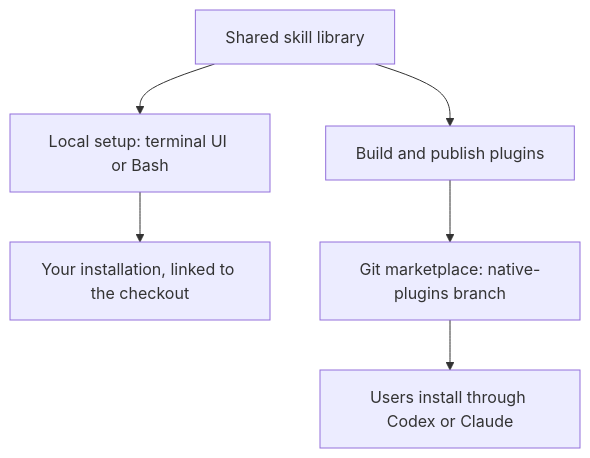
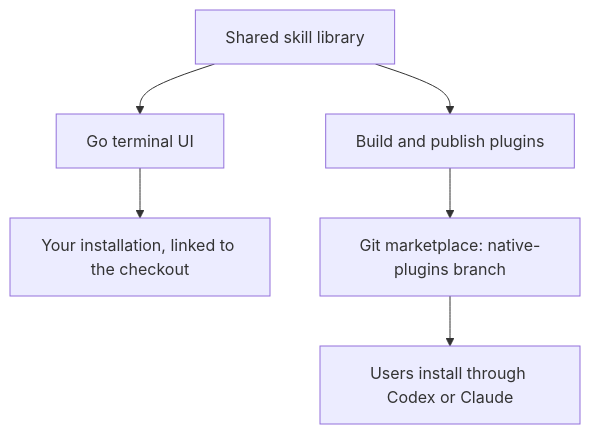
One commit to EimantasZilis/agent-toolkit changed the first of 2 diagrams in README.md. Above: the diagram before and after it, drawn with Mermaid. The commit also changed other lines of this file and 8 other files, not shown here.

````diff
--- a/README.md
+++ b/README.md
@@ -12,8 +12,8 @@
 ```mermaid
 flowchart TD
-    source["Shared skill library"] --> local["Local setup: terminal UI or Bash"]
+    source["Shared skill library"] --> local["Go terminal UI"]
     source --> publish["Build and publish plugins"]
     local --> yours["Your installation, linked to the checkout"]
     publish --> marketplace["Git marketplace: native-plugins branch"]
     marketplace --> users["Users install through Codex or Claude"]
 ```
````
